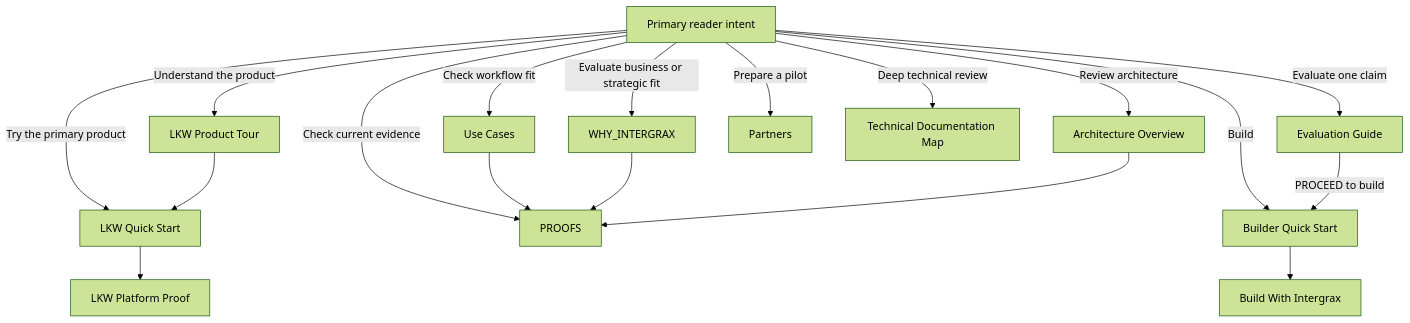
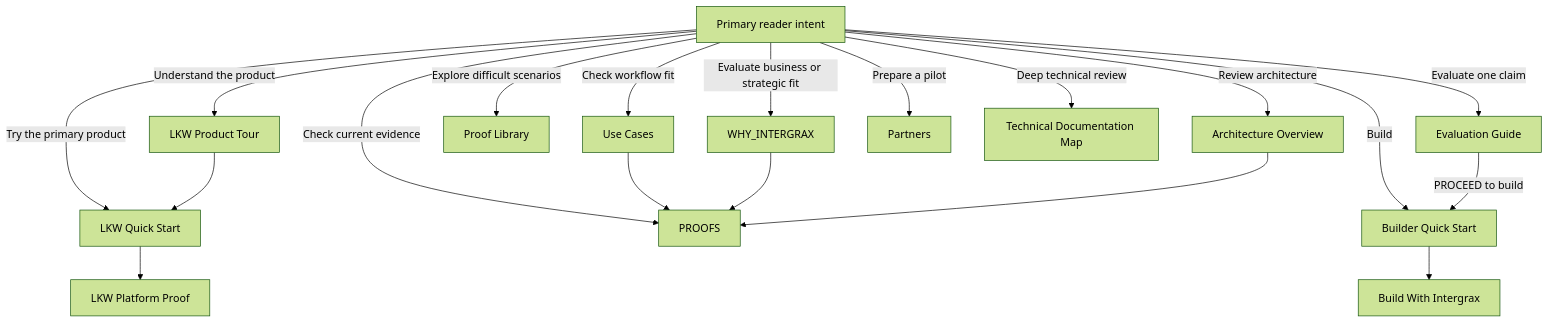
One commit to jakbuczarnecki/intergrax changed the diagram in docs/project/community/PUBLIC_DOCUMENTATION_MAP.md. Above: the diagram before and after it, drawn with Mermaid (forest theme). The commit also changed other lines of this file and 6 other files, not shown here.

Commit message:
docs(proofs): add public Proof Library gateway

````diff
--- a/docs/project/community/PUBLIC_DOCUMENTATION_MAP.md
+++ b/docs/project/community/PUBLIC_DOCUMENTATION_MAP.md
@@ -24,22 +24,23 @@
 ```mermaid
 flowchart TD
     S[Primary reader intent]
     S -->|Try the primary product| Q[LKW Quick Start]
     S -->|Understand the product| T[LKW Product Tour]
     S -->|Check workflow fit| U[Use Cases]
     S -->|Evaluate business or strategic fit| W[WHY_INTERGRAX]
     S -->|Check current evidence| R[PROOFS]
+    S -->|Explore difficult scenarios| PL[Proof Library]
     S -->|Evaluate one claim| E[Evaluation Guide]
     S -->|Build| B[Builder Quick Start]
     S -->|Review architecture| A[Architecture Overview]
     S -->|Prepare a pilot| P[Partners]
     S -->|Deep technical review| D[Technical Documentation Map]
 
     T --> Q
     Q --> L[LKW Platform Proof]
     U --> R
     W --> R
     E -->|PROCEED to build| B
     B --> C[Build With Intergrax]
     A --> R
 ```
````
